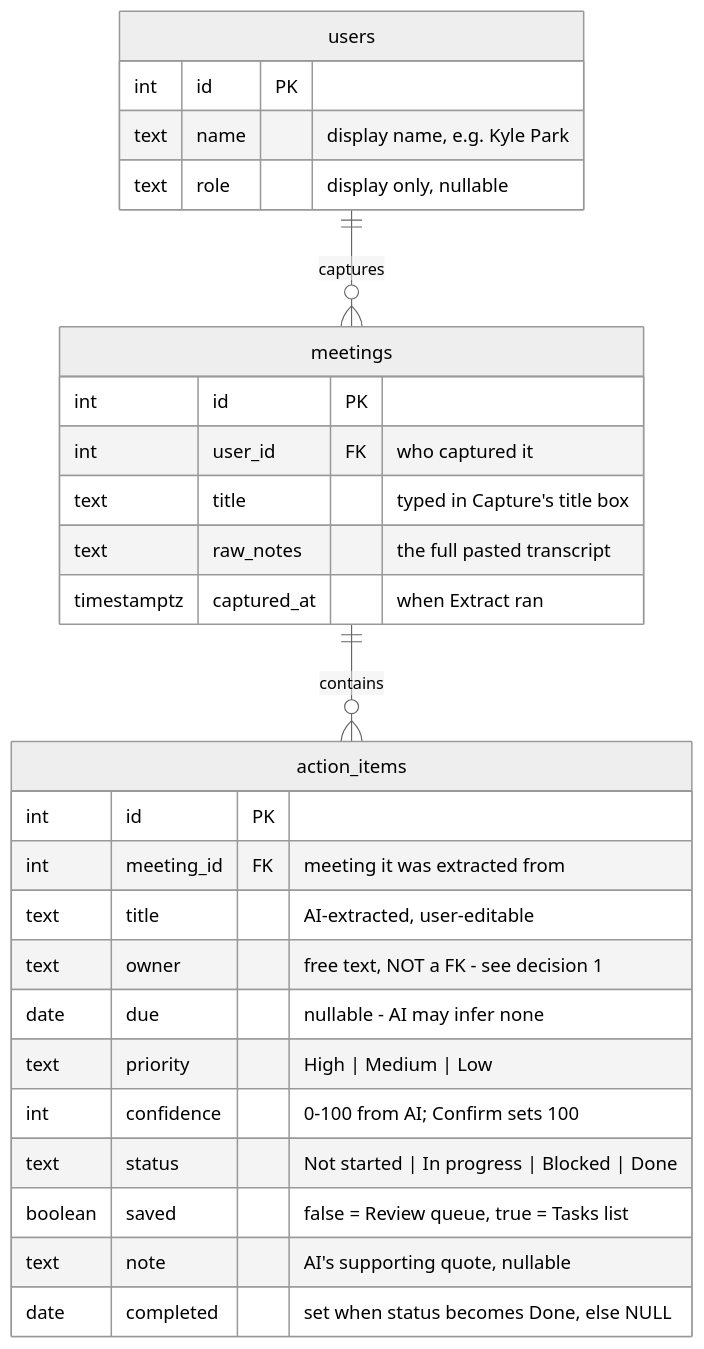
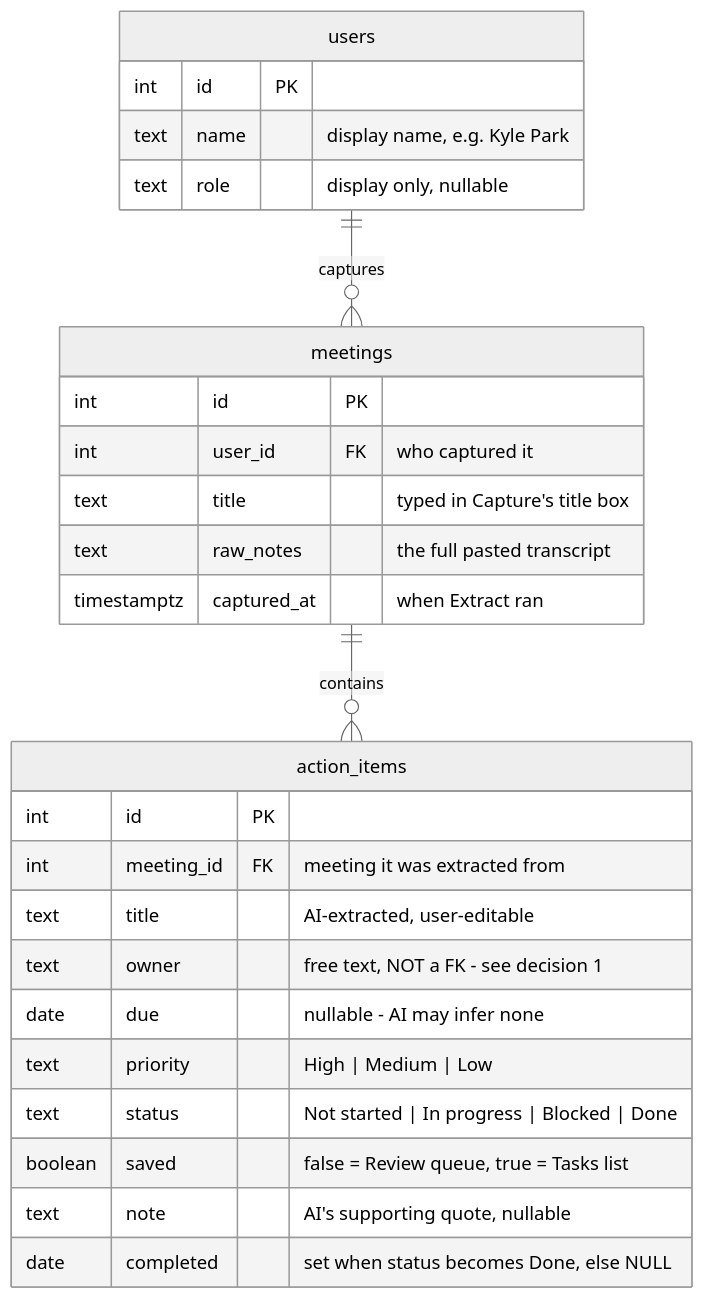
One commit to kpark93/note2action changed the diagram in docs/database-schema.md. Above: the diagram before and after it, drawn with Mermaid (neutral theme). The commit also changed other lines of this file and 28 other files, not shown here.

````diff
--- a/docs/database-schema.md
+++ b/docs/database-schema.md
@@ -10,33 +10,32 @@
 ```mermaid
 erDiagram
     users ||--o{ meetings : "captures"
     meetings ||--o{ action_items : "contains"
 
     users {
         int id PK
         text name "display name, e.g. Kyle Park"
         text role "display only, nullable"
     }
 
     meetings {
         int id PK
         int user_id FK "who captured it"
         text title "typed in Capture's title box"
         text raw_notes "the full pasted transcript"
         timestamptz captured_at "when Extract ran"
     }
 
     action_items {
         int id PK
         int meeting_id FK "meeting it was extracted from"
         text title "AI-extracted, user-editable"
         text owner "free text, NOT a FK - see decision 1"
         date due "nullable - AI may infer none"
         text priority "High | Medium | Low"
-        int confidence "0-100 from AI; Confirm sets 100"
         text status "Not started | In progress | Blocked | Done"
         boolean saved "false = Review queue, true = Tasks list"
         text note "AI's supporting quote, nullable"
         date completed "set when status becomes Done, else NULL"
     }
 ```
````
